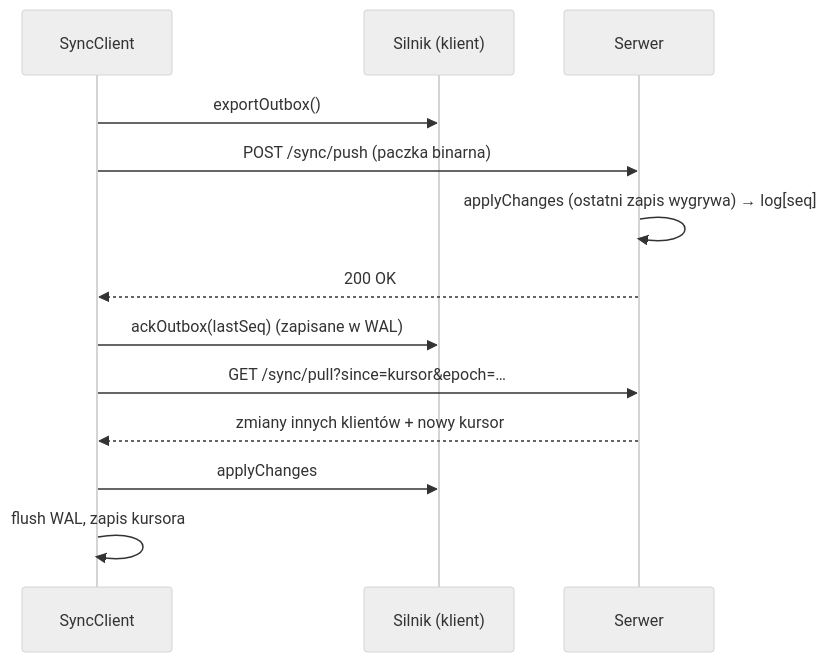
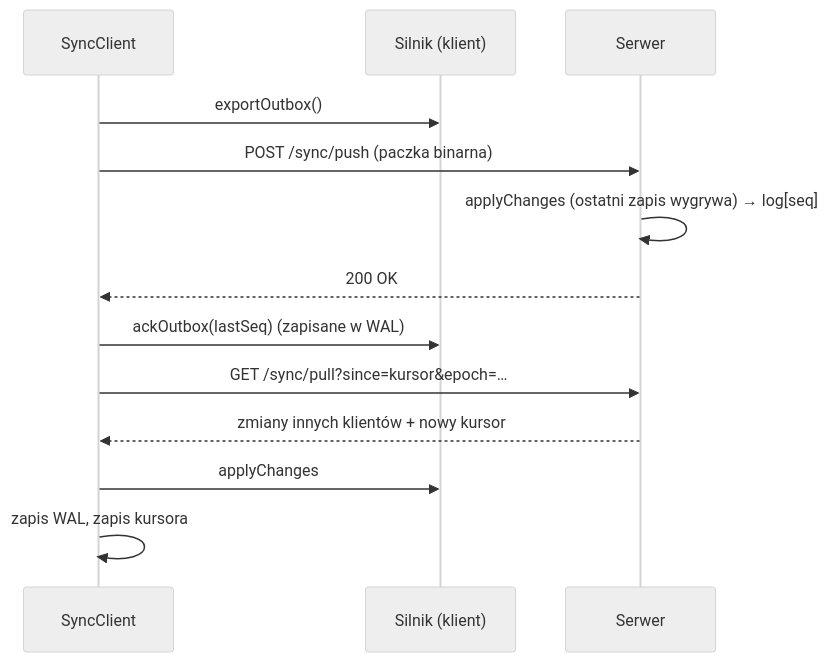
Before and after one commit to best-team-8/dbms-rust-wasm: the fourth of 4 diagrams in README.md, drawn with Mermaid (neutral theme). The commit also changed other lines of this file and 117 other files, not shown here.

````diff
--- a/README.md
+++ b/README.md
@@ -102,15 +98,15 @@
 ```mermaid
 sequenceDiagram
   participant C as SyncClient
   participant E as Silnik (klient)
   participant H as Serwer
   C->>E: exportOutbox()
   C->>H: POST /sync/push (paczka binarna)
   H->>H: applyChanges (ostatni zapis wygrywa) → log[seq]
   H-->>C: 200 OK
   C->>E: ackOutbox(lastSeq) (zapisane w WAL)
   C->>H: GET /sync/pull?since=kursor&epoch=…
   H-->>C: zmiany innych klientów + nowy kursor
   C->>E: applyChanges
-  C->>C: flush WAL, zapis kursora
+  C->>C: zapis WAL, zapis kursora
 ```
````
